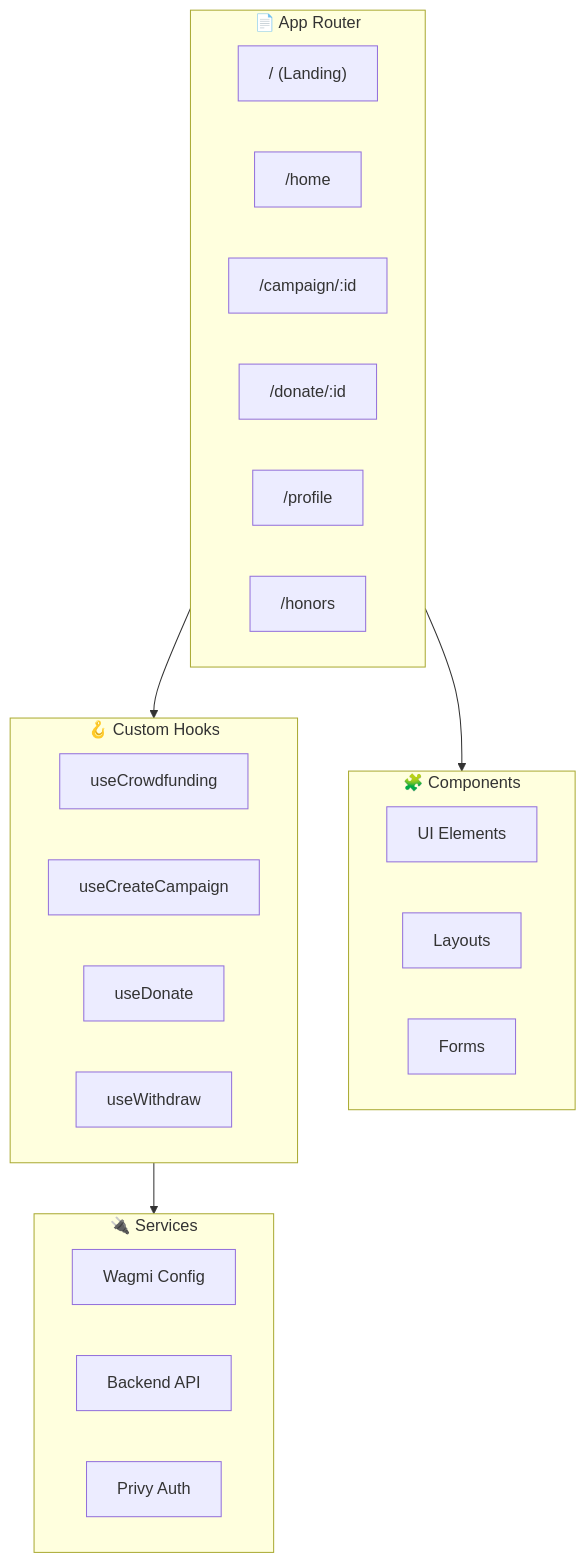
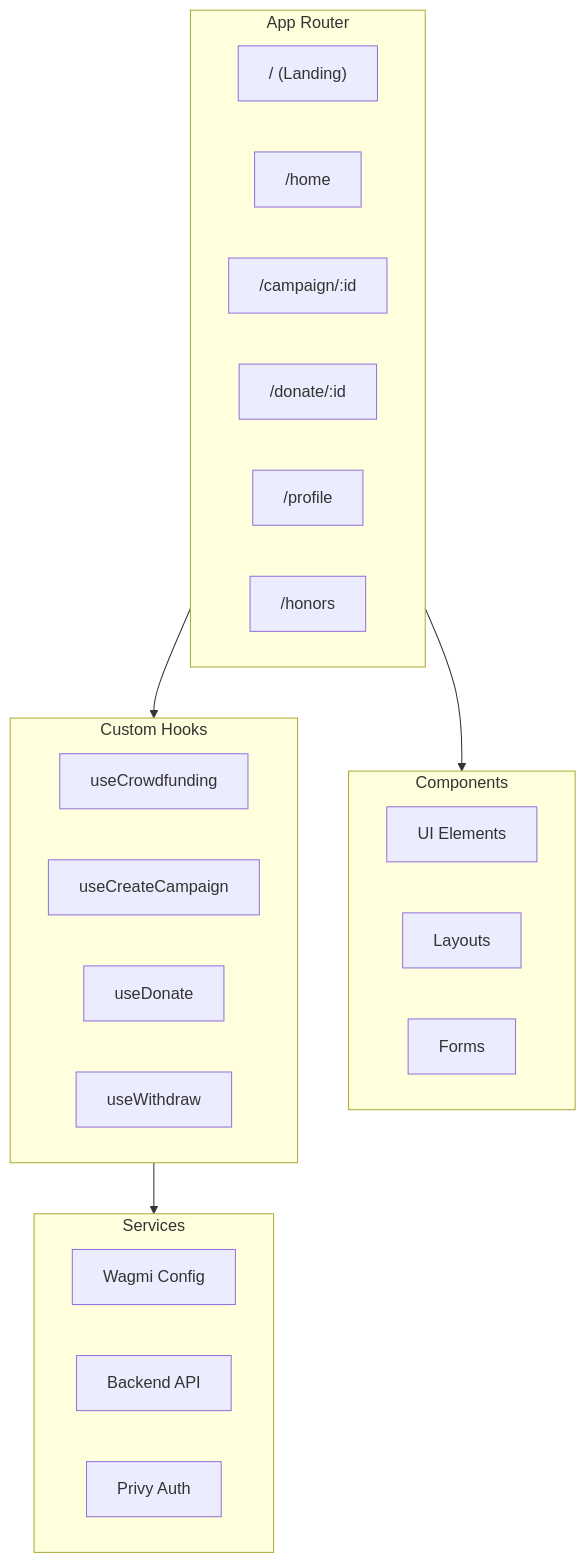
Before and after one commit to CrowdFUNding-Base/SC: the second of 8 diagrams in pitching/Architecture/2. System Architecture.md, drawn with Mermaid. The commit also changed other lines of this file and 12 other files, not shown here.

````diff
--- a/pitching/Architecture/2. System Architecture.md
+++ b/pitching/Architecture/2. System Architecture.md
@@ -62,34 +62,34 @@
 ```mermaid
 flowchart TB
-    subgraph Pages["📄 App Router"]
+    subgraph Pages["App Router"]
         Landing["/ (Landing)"]
         Home["/home"]
         Campaign["/campaign/:id"]
         Donate["/donate/:id"]
         Profile["/profile"]
         Honors["/honors"]
     end
 
-    subgraph Components["🧩 Components"]
+    subgraph Components["Components"]
         UI["UI Elements"]
         Layout["Layouts"]
         Forms["Forms"]
     end
 
-    subgraph Hooks["🪝 Custom Hooks"]
+    subgraph Hooks["Custom Hooks"]
         useCrowdfunding["useCrowdfunding"]
         useCreateCampaign["useCreateCampaign"]
         useDonate["useDonate"]
         useWithdraw["useWithdraw"]
     end
 
-    subgraph Services["🔌 Services"]
+    subgraph Services["Services"]
         Wagmi["Wagmi Config"]
         APIClient["Backend API"]
         Privy["Privy Auth"]
     end
 
     Pages --> Components
     Pages --> Hooks
     Hooks --> Services
 ```
````
